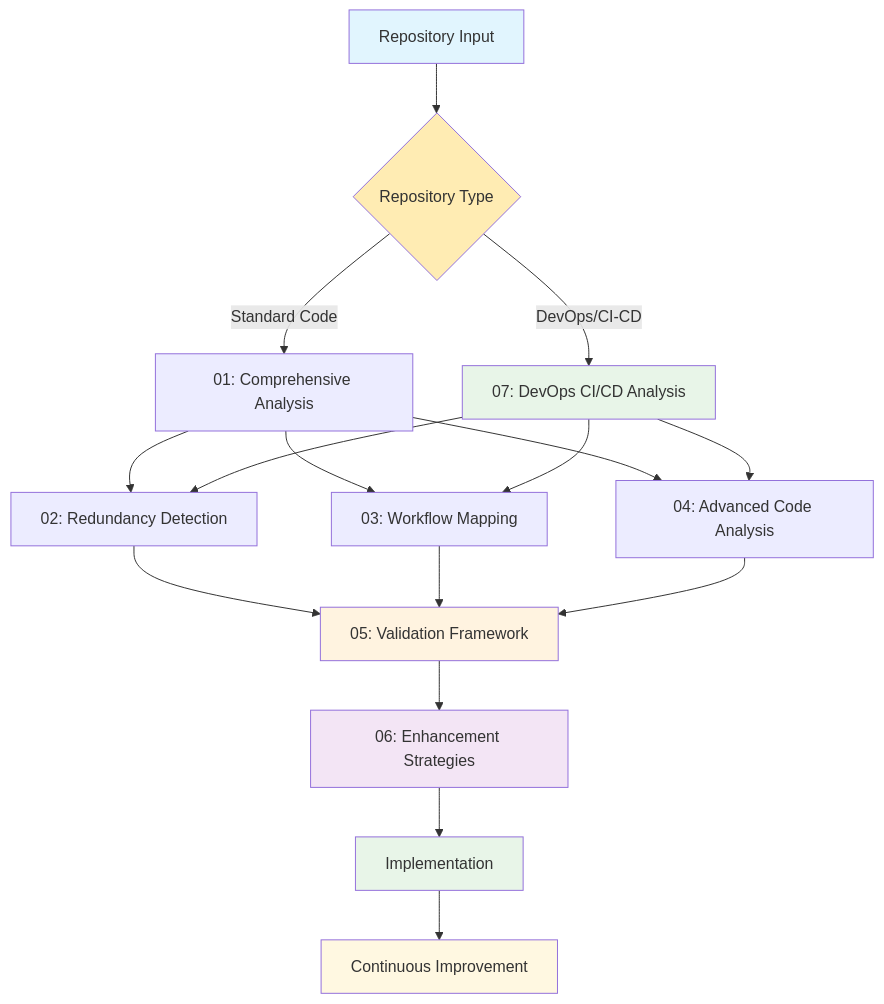
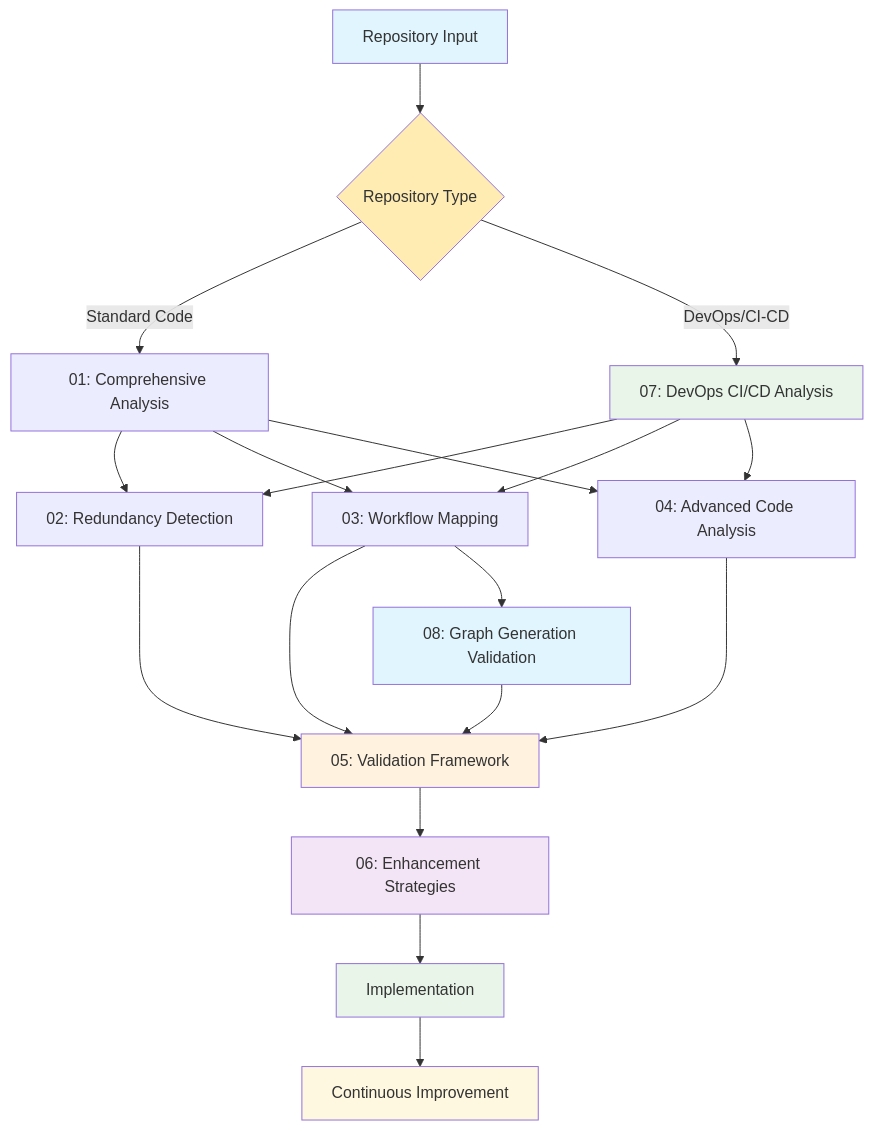
Before and after one commit to simonesgit/llm_prompts: the first of 2 diagrams in llm_project_analysis_prompts/README.md, drawn with Mermaid. The commit also changed other lines of this file and 3 other files, not shown here.

First line of the commit message:
Add graph validation prompt and enhance script path documentation

````diff
--- a/llm_project_analysis_prompts/README.md
+++ b/llm_project_analysis_prompts/README.md
@@ -147,26 +169,29 @@
 ```mermaid
 flowchart TD
     A[Repository Input] --> B{Repository Type}
     B -->|Standard Code| C[01: Comprehensive Analysis]
     B -->|DevOps/CI-CD| D[07: DevOps CI/CD Analysis]
     C --> E[02: Redundancy Detection]
     C --> F[03: Workflow Mapping]
     C --> G[04: Advanced Code Analysis]
     D --> E
     D --> F
     D --> G
     E --> H[05: Validation Framework]
     F --> H
+    F --> GraphVal[08: Graph Generation Validation]
     G --> H
+    GraphVal --> H
     H --> I[06: Enhancement Strategies]
     I --> J[Implementation]
     J --> K[Continuous Improvement]
     
     style A fill:#e1f5fe
     style B fill:#ffecb3
     style D fill:#e8f5e8
     style H fill:#fff3e0
     style I fill:#f3e5f5
     style J fill:#e8f5e8
     style K fill:#fff8e1
+    style GraphVal fill:#e1f5fe
 ```
````
